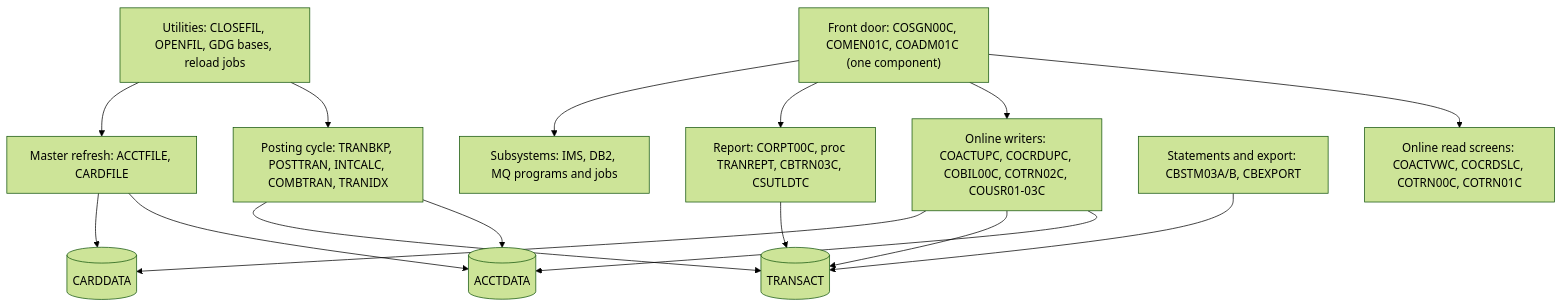
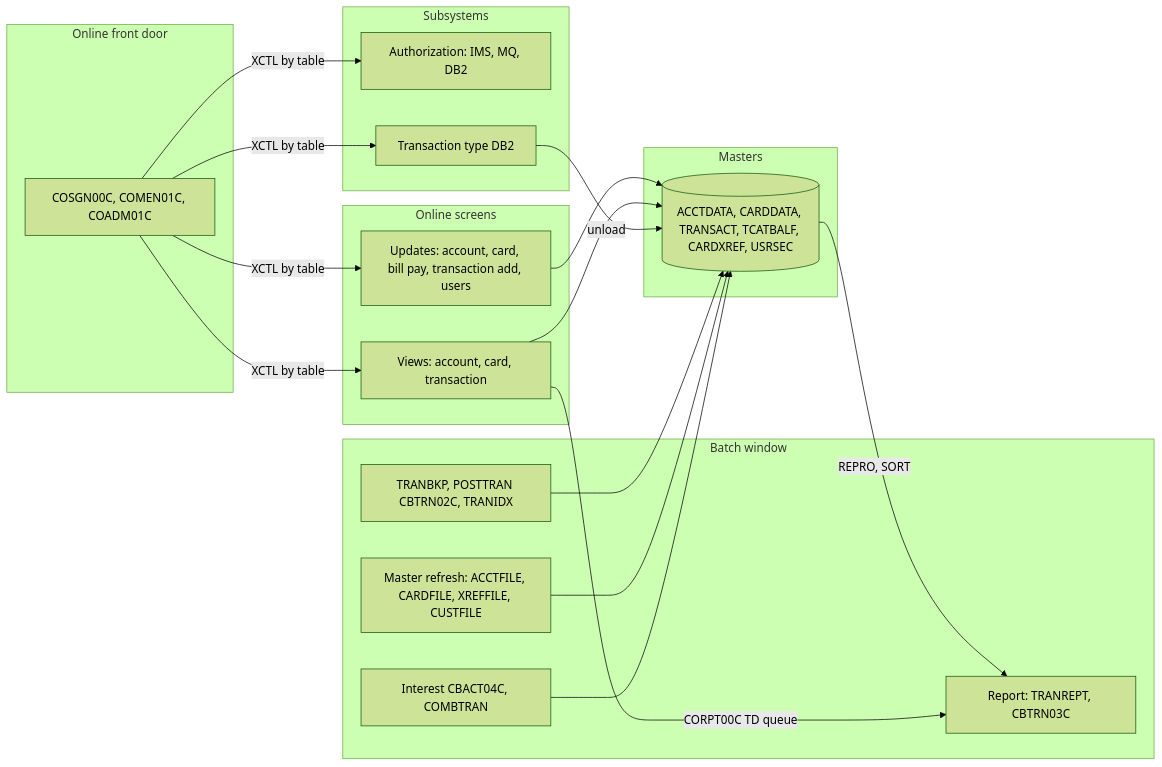
One commit to Sparq-Holding-Inc/claude-legacy-modernization changed the diagram in evals/runs/carddemo-2/modernization-assessment/02-coupling.md. Above: the diagram before and after it, drawn with Mermaid (forest theme). The commit also changed other lines of this file and 217 other files, not shown here.

````diff
--- a/evals/runs/carddemo-2/modernization-assessment/02-coupling.md
+++ b/evals/runs/carddemo-2/modernization-assessment/02-coupling.md
@@ -34,30 +43,35 @@
 ```mermaid
-graph TD
-  FD["Front door: COSGN00C, COMEN01C, COADM01C (one component)"]
-  ONR["Online read screens: COACTVWC, COCRDSLC, COTRN00C, COTRN01C"]
-  ONW["Online writers: COACTUPC, COCRDUPC, COBIL00C, COTRN02C, COUSR01-03C"]
-  RPT["Report: CORPT00C, proc TRANREPT, CBTRN03C, CSUTLDTC"]
-  POST["Posting cycle: TRANBKP, POSTTRAN, INTCALC, COMBTRAN, TRANIDX"]
-  REF["Master refresh: ACCTFILE, CARDFILE"]
-  STM["Statements and export: CBSTM03A/B, CBEXPORT"]
-  SUB["Subsystems: IMS, DB2, MQ programs and jobs"]
-  UTL["Utilities: CLOSEFIL, OPENFIL, GDG bases, reload jobs"]
-  ACCT[("ACCTDATA")]
-  TRAN[("TRANSACT")]
-  CARD[("CARDDATA")]
-  FD --> ONR
-  FD --> ONW
-  FD --> RPT
-  FD --> SUB
-  ONW --> ACCT
-  ONW --> TRAN
-  ONW --> CARD
-  POST --> ACCT
-  POST --> TRAN
-  REF --> ACCT
-  REF --> CARD
-  RPT --> TRAN
-  STM --> TRAN
-  UTL --> POST
-  UTL --> REF
+graph LR
+  subgraph Online front door
+    SG[COSGN00C, COMEN01C, COADM01C]
+  end
+  subgraph Online screens
+    RO[Views: account, card, transaction]
+    RW[Updates: account, card, bill pay, transaction add, users]
+  end
+  subgraph Batch window
+    POST[TRANBKP, POSTTRAN CBTRN02C, TRANIDX]
+    REF[Master refresh: ACCTFILE, CARDFILE, XREFFILE, CUSTFILE]
+    REPT[Report: TRANREPT, CBTRN03C]
+    INT[Interest CBACT04C, COMBTRAN]
+  end
+  subgraph Masters
+    M[(ACCTDATA, CARDDATA, TRANSACT, TCATBALF, CARDXREF, USRSEC)]
+  end
+  subgraph Subsystems
+    AUTH[Authorization: IMS, MQ, DB2]
+    TT[Transaction type DB2]
+  end
+  SG -->|XCTL by table| RO
+  SG -->|XCTL by table| RW
+  SG -->|XCTL by table| AUTH
+  SG -->|XCTL by table| TT
+  RW --> M
+  RO --> M
+  POST --> M
+  REF --> M
+  INT --> M
+  M -->|REPRO, SORT| REPT
+  RO -->|CORPT00C TD queue| REPT
+  TT -->|unload| M
 ```
````
